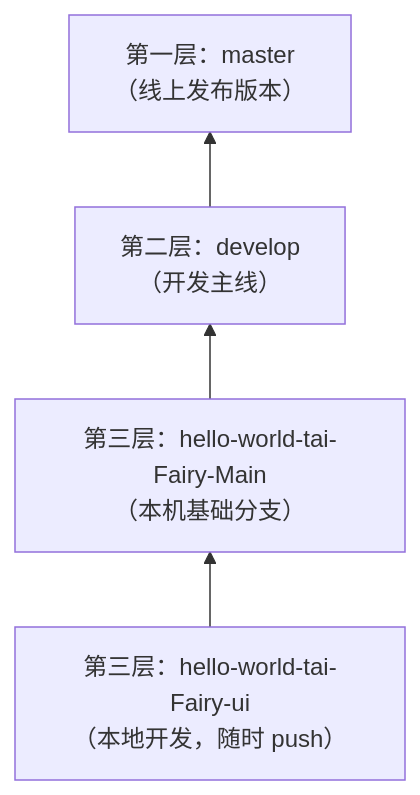
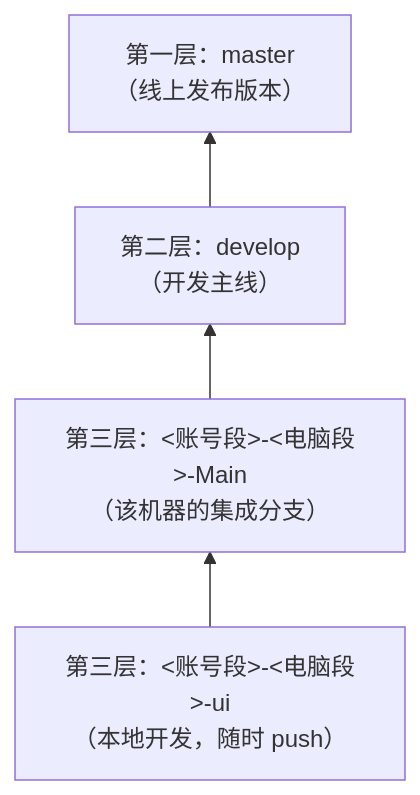
The diagram in README.md (Inotfrk/in-this-life-i-have-infinite-tokens), drawn with Mermaid before and after one commit. The commit also changed other lines of this file and 5 other files, not shown here.

````diff
--- a/README.md
+++ b/README.md
@@ -101,6 +101,6 @@
 ```mermaid
 flowchart BT
-    A["第三层：hello-world-tai-Fairy-ui<br/>（本地开发，随时 push）"] --> B["第三层：hello-world-tai-Fairy-Main<br/>（本机基础分支）"]
+    A["第三层：&lt;账号段&gt;-&lt;电脑段&gt;-ui<br/>（本地开发，随时 push）"] --> B["第三层：&lt;账号段&gt;-&lt;电脑段&gt;-Main<br/>（该机器的集成分支）"]
     B --> C["第二层：develop<br/>（开发主线）"]
     C --> D["第一层：master<br/>（线上发布版本）"]
 ```
````
